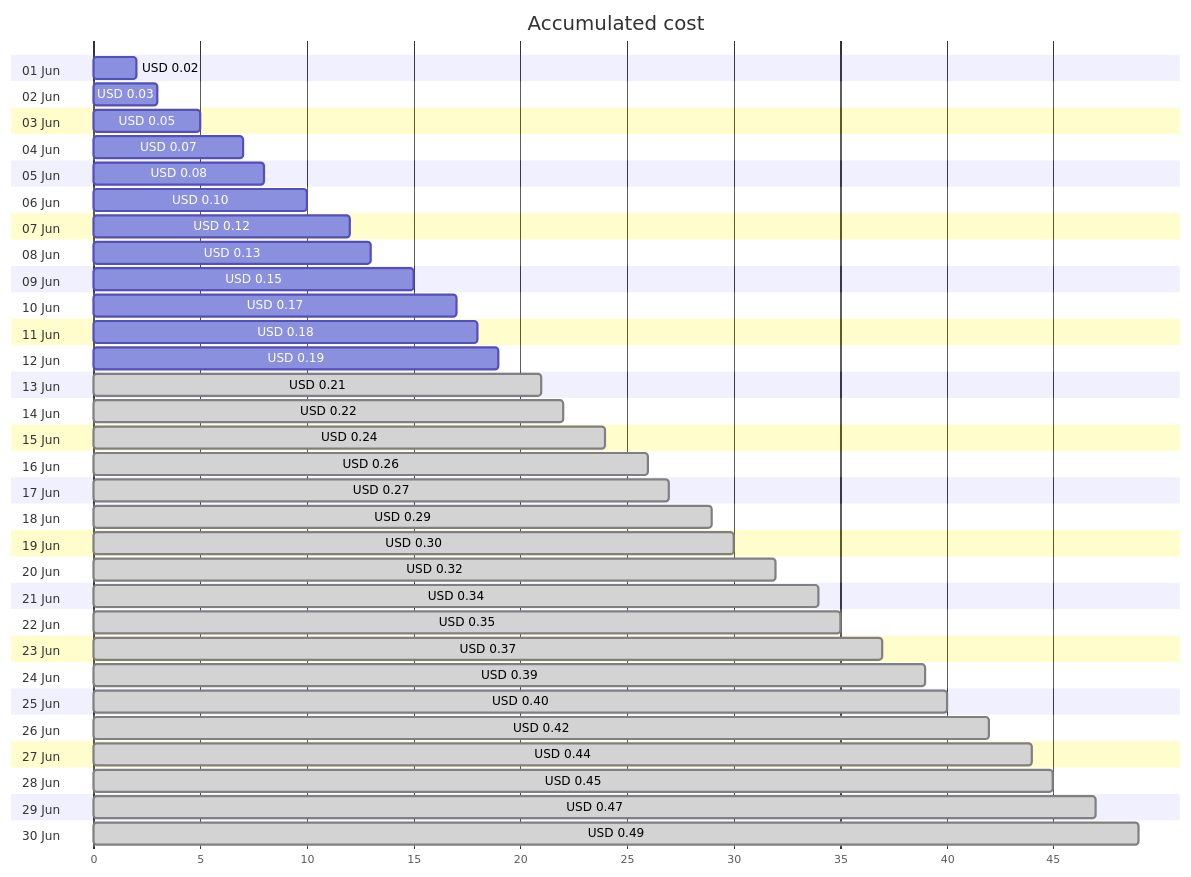
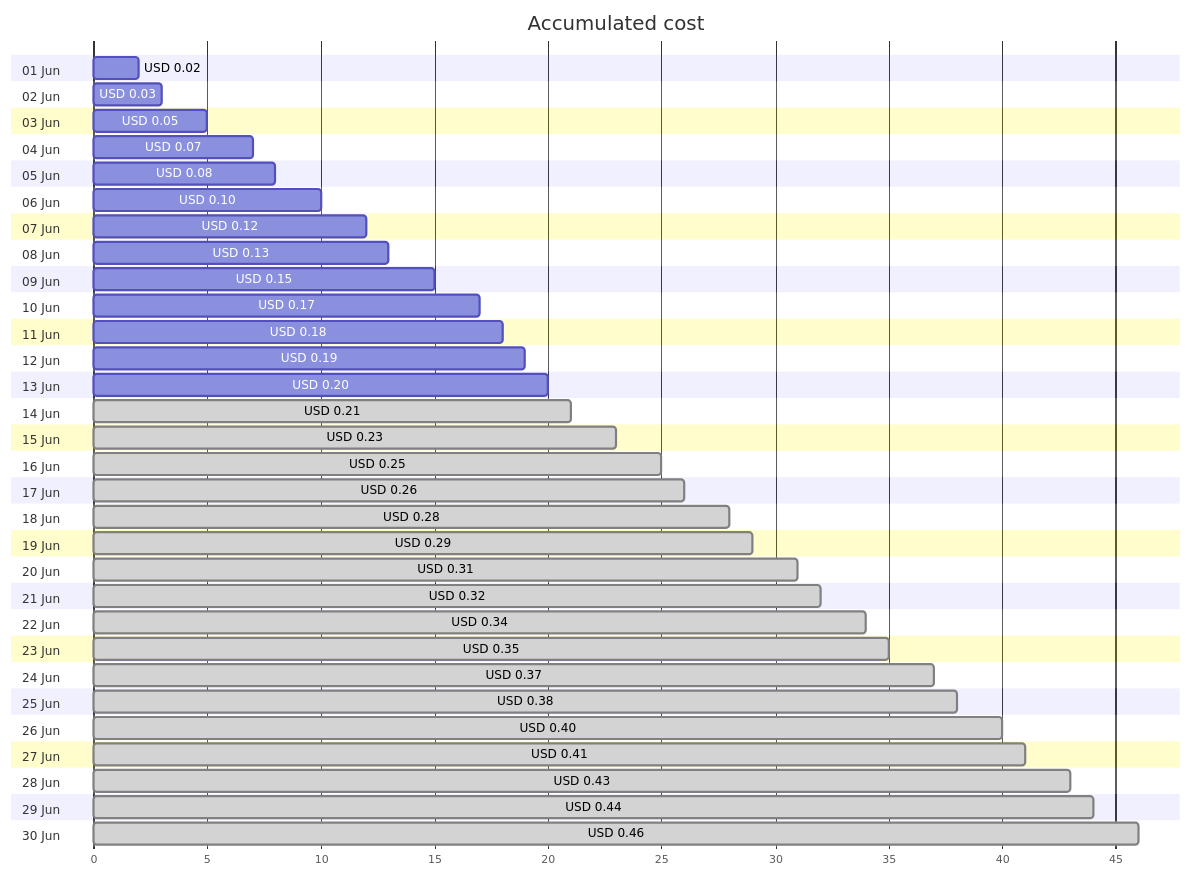
The first of 4 diagrams in cost-reports/personal-dns/jpatrickfulton.dev.md (jpfulton/azure-personal-reports), drawn with Mermaid before and after one commit. The commit also changed other lines of this file and 2 other files, not shown here.

````diff
--- a/cost-reports/personal-dns/jpatrickfulton.dev.md
+++ b/cost-reports/personal-dns/jpatrickfulton.dev.md
@@ -20,66 +20,66 @@
 ```mermaid
 gantt
    title Accumulated cost
    dateFormat  X
    axisFormat %s
    section 01 Jun
    USD 0.02 :0, 2
    section 02 Jun
    USD 0.03 :0, 3
    section 03 Jun
    USD 0.05 :0, 5
    section 04 Jun
    USD 0.07 :0, 7
    section 05 Jun
    USD 0.08 :0, 8
    section 06 Jun
    USD 0.10 :0, 10
    section 07 Jun
    USD 0.12 :0, 12
    section 08 Jun
    USD 0.13 :0, 13
    section 09 Jun
    USD 0.15 :0, 15
    section 10 Jun
    USD 0.17 :0, 17
    section 11 Jun
    USD 0.18 :0, 18
    section 12 Jun
    USD 0.19 :0, 19
    section 13 Jun
+   USD 0.20 :0, 20
+   section 14 Jun
    USD 0.21 : done, 0, 21
-   section 14 Jun
-   USD 0.22 : done, 0, 22
    section 15 Jun
-   USD 0.24 : done, 0, 24
+   USD 0.23 : done, 0, 23
    section 16 Jun
+   USD 0.25 : done, 0, 25
+   section 17 Jun
    USD 0.26 : done, 0, 26
-   section 17 Jun
-   USD 0.27 : done, 0, 27
    section 18 Jun
+   USD 0.28 : done, 0, 28
+   section 19 Jun
    USD 0.29 : done, 0, 29
-   section 19 Jun
-   USD 0.30 : done, 0, 30
    section 20 Jun
+   USD 0.31 : done, 0, 31
+   section 21 Jun
    USD 0.32 : done, 0, 32
-   section 21 Jun
+   section 22 Jun
    USD 0.34 : done, 0, 34
-   section 22 Jun
+   section 23 Jun
    USD 0.35 : done, 0, 35
-   section 23 Jun
+   section 24 Jun
    USD 0.37 : done, 0, 37
-   section 24 Jun
-   USD 0.39 : done, 0, 39
    section 25 Jun
+   USD 0.38 : done, 0, 38
+   section 26 Jun
    USD 0.40 : done, 0, 40
-   section 26 Jun
-   USD 0.42 : done, 0, 42
    section 27 Jun
+   USD 0.41 : done, 0, 41
+   section 28 Jun
+   USD 0.43 : done, 0, 43
+   section 29 Jun
    USD 0.44 : done, 0, 44
-   section 28 Jun
-   USD 0.45 : done, 0, 45
-   section 29 Jun
-   USD 0.47 : done, 0, 47
    section 30 Jun
-   USD 0.49 : done, 0, 49
+   USD 0.46 : done, 0, 46
 ```
````
